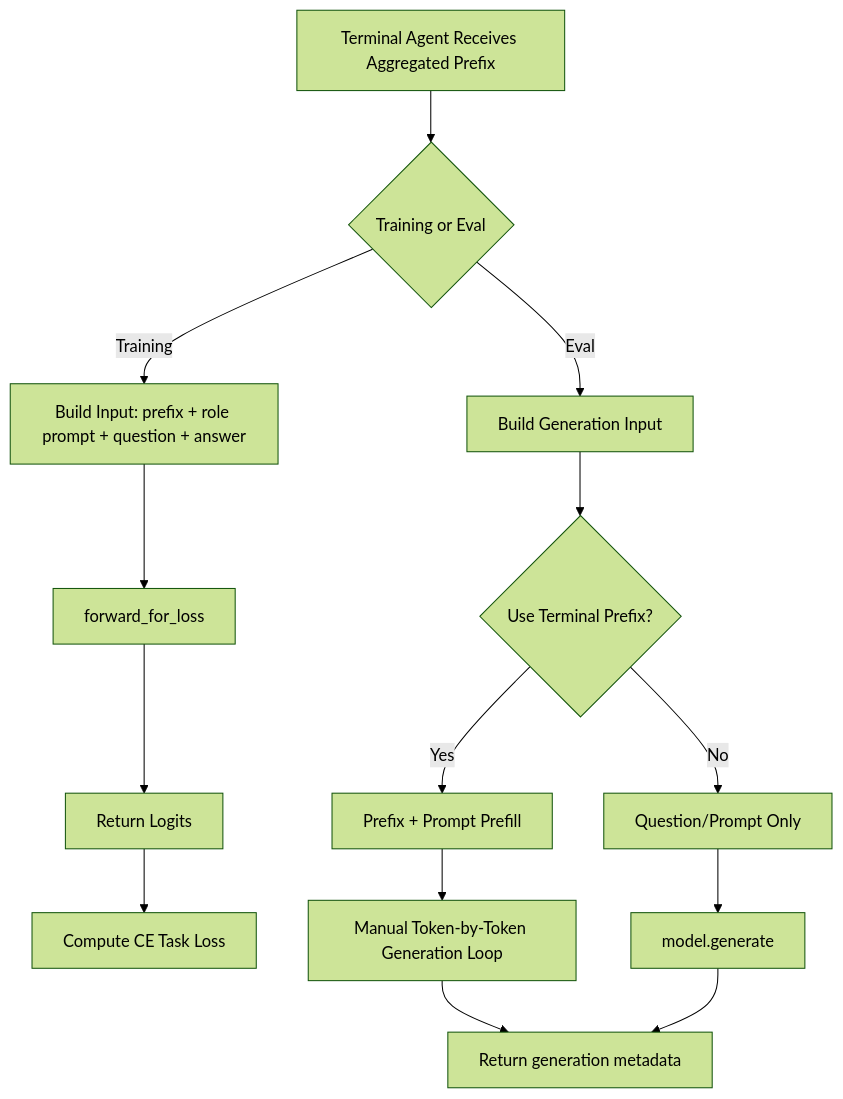
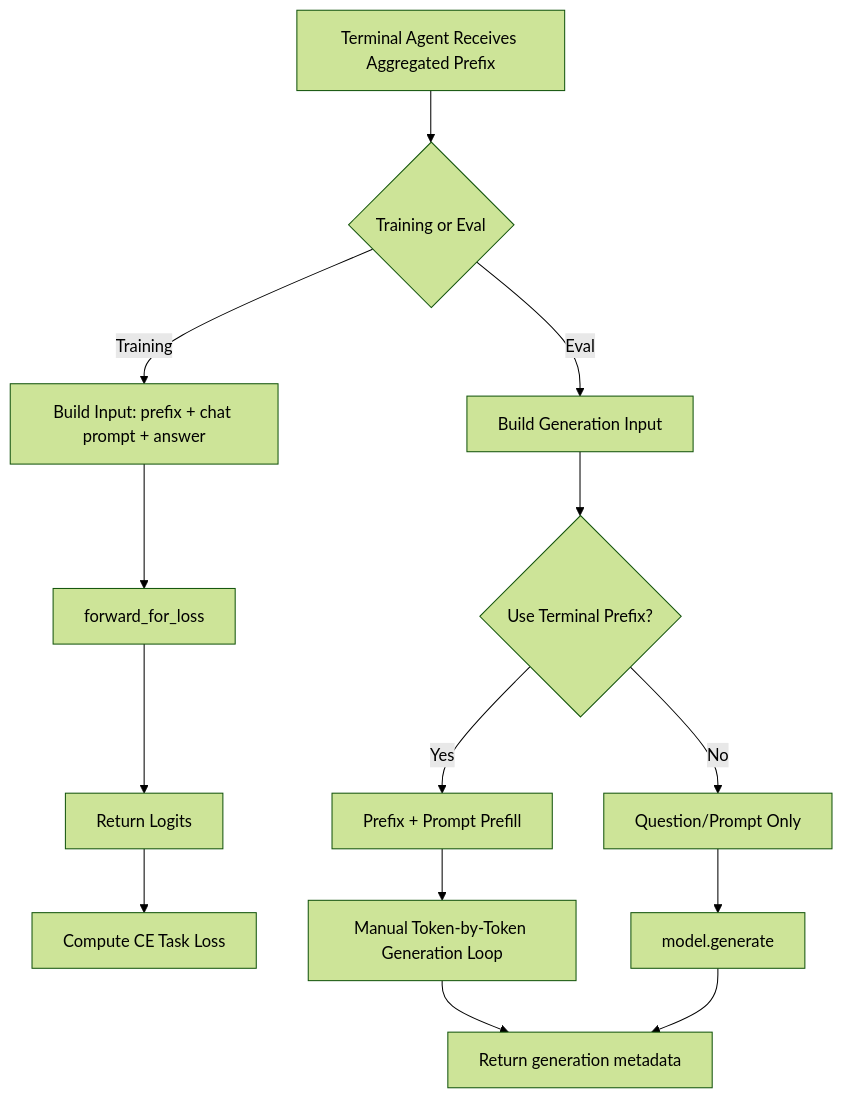
The third of 5 diagrams in docs/agent_workflow.md (Johnny221B/latent-MAS), drawn with Mermaid (forest theme) before and after one commit. The commit also changed other lines of this file and 35 other files, not shown here.

````diff
--- a/docs/agent_workflow.md
+++ b/docs/agent_workflow.md
@@ -80,20 +84,20 @@
 ```mermaid
 flowchart TD
     A[Terminal Agent Receives Aggregated Prefix] --> B{Training or Eval}
 
-    B -->|Training| C[Build Input: prefix + role prompt + question + answer]
+    B -->|Training| C[Build Input: prefix + chat prompt + answer]
     C --> D[forward_for_loss]
     D --> E[Return Logits]
     E --> F[Compute CE Task Loss]
 
     B -->|Eval| G[Build Generation Input]
     G --> H{Use Terminal Prefix?}
 
     H -->|Yes| I[Prefix + Prompt Prefill]
     I --> J[Manual Token-by-Token Generation Loop]
     J --> K[Return generation metadata]
 
     H -->|No| L[Question/Prompt Only]
     L --> M[model.generate]
     M --> K
 ```
````
